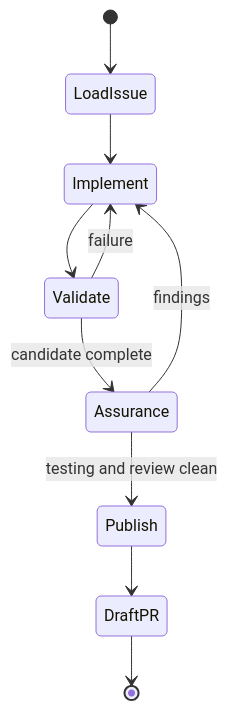
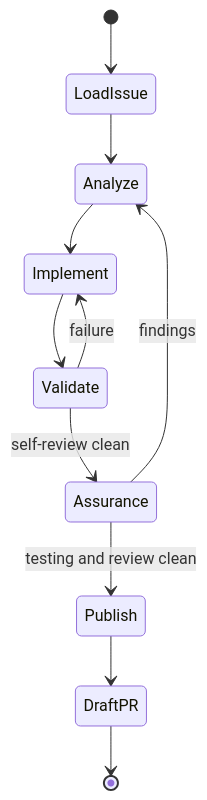
One commit to MP281X/ai-toolkit changed the diagram in .agents/skills/implementation/SKILL.md. Above: the diagram before and after it, drawn with Mermaid. The commit also changed other lines of this file and 45 other files, not shown here.

````diff
--- a/.agents/skills/implementation/SKILL.md
+++ b/.agents/skills/implementation/SKILL.md
@@ -6,12 +6,13 @@
 ```mermaid
 stateDiagram-v2
     [*] --> LoadIssue
-    LoadIssue --> Implement
+    LoadIssue --> Analyze
+    Analyze --> Implement
     Implement --> Validate
     Validate --> Implement: failure
-    Validate --> Assurance: candidate complete
-    Assurance --> Implement: findings
+    Validate --> Assurance: self-review clean
+    Assurance --> Analyze: findings
     Assurance --> Publish: testing and review clean
     Publish --> DraftPR
     DraftPR --> [*]
 ```
````
